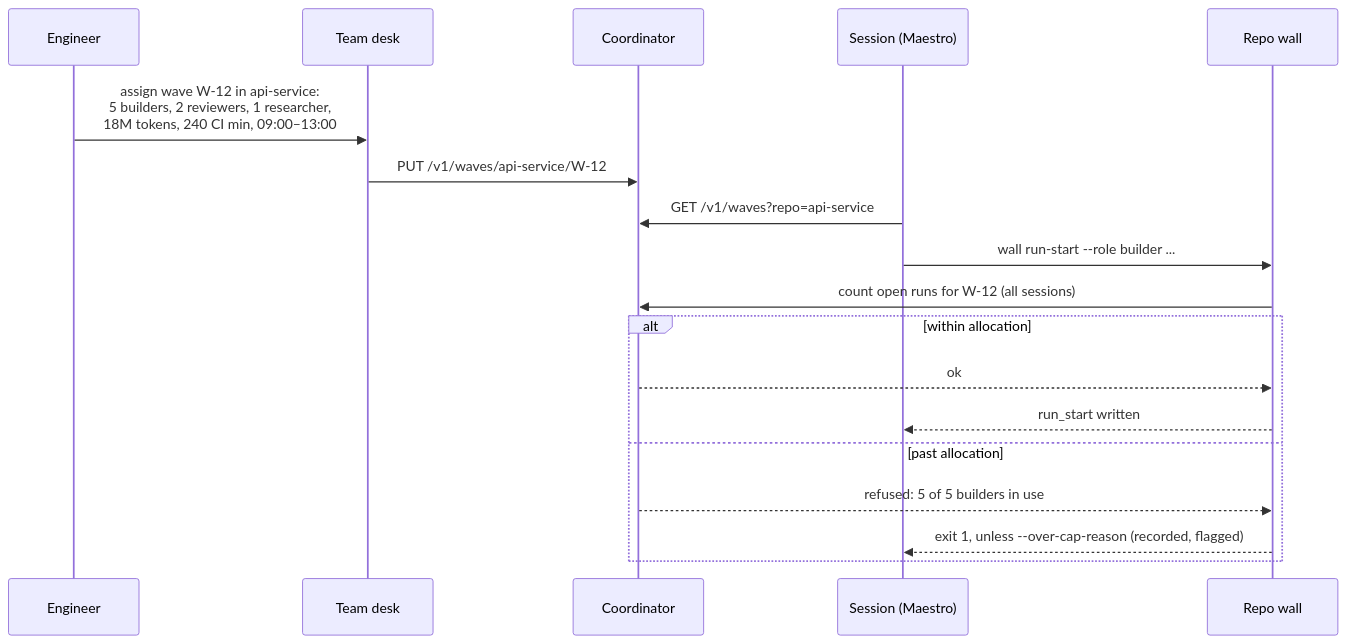
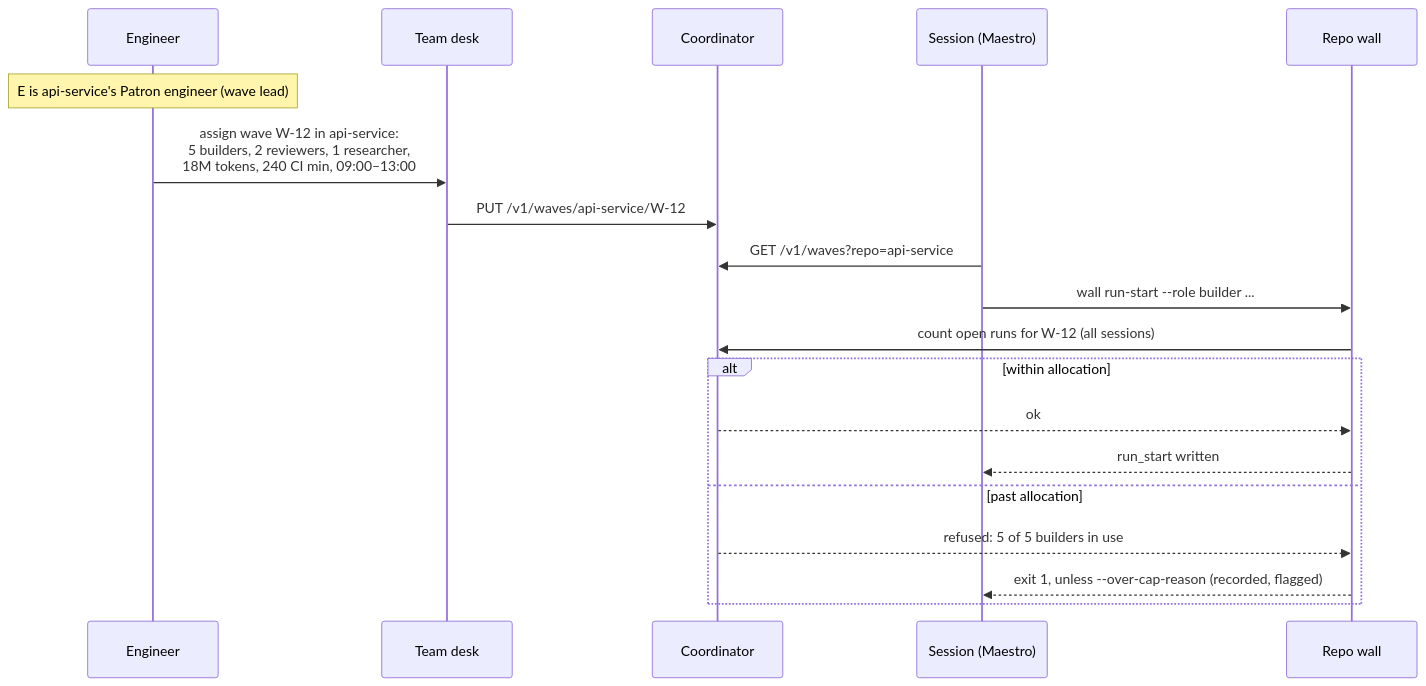
Before and after one commit to newellnarco/EngTeam-Wallkit-BluePrint: the second of 3 diagrams in docs/FLEET_COORDINATION.md, drawn with Mermaid. The commit also changed other lines of this file and 1 other file, not shown here.

First line of the commit message:
Fleet design: the Patron engineer leads each repo's wave; team-wide agent names

````diff
--- a/docs/FLEET_COORDINATION.md
+++ b/docs/FLEET_COORDINATION.md
@@ -231,20 +242,21 @@
 ```mermaid
 sequenceDiagram
   participant E as Engineer
   participant D as Team desk
   participant C as Coordinator
   participant S as Session (Maestro)
   participant R as Repo wall
+  Note over E: E is api-service's Patron engineer (wave lead)
   E->>D: assign wave W-12 in api-service:<br/>5 builders, 2 reviewers, 1 researcher,<br/>18M tokens, 240 CI min, 09:00–13:00
   D->>C: PUT /v1/waves/api-service/W-12
   S->>C: GET /v1/waves?repo=api-service
   S->>R: wall run-start --role builder ...
   R->>C: count open runs for W-12 (all sessions)
   alt within allocation
     C-->>R: ok
     R-->>S: run_start written
   else past allocation
     C-->>R: refused: 5 of 5 builders in use
     R-->>S: exit 1, unless --over-cap-reason (recorded, flagged)
   end
 ```
````
